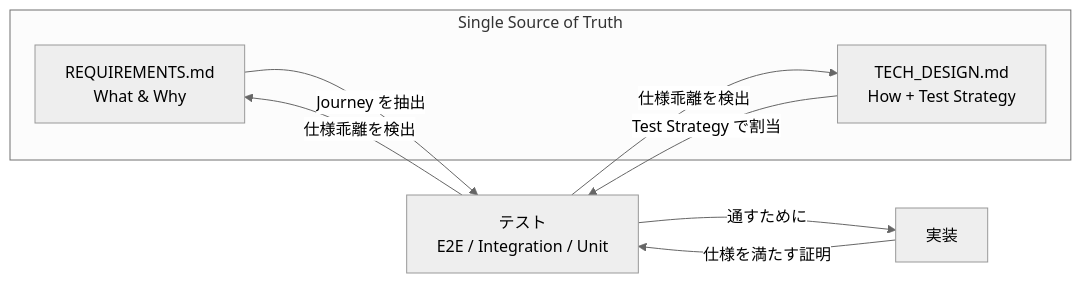
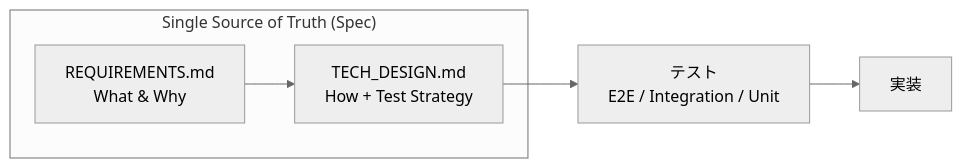
The third of 6 diagrams in packages/core/docs/workflow-diagram.md (careerchain-ys/stdd), drawn with Mermaid (neutral theme) before and after one commit. The commit also changed other lines of this file, not shown here.

First line of the commit message:
fix: workflow-diagram §3 を「Spec → Test → Impl の一方向フロー」に修正

````diff
--- a/packages/core/docs/workflow-diagram.md
+++ b/packages/core/docs/workflow-diagram.md
@@ -84,15 +87,11 @@
 ```mermaid
 flowchart LR
-    subgraph SSoT[Single Source of Truth]
+    subgraph SSoT["Single Source of Truth (Spec)"]
         Req[REQUIREMENTS.md<br/>What & Why]
         Tech[TECH_DESIGN.md<br/>How + Test Strategy]
+        Req --> Tech
     end
 
-    Req -- Journey を抽出 --> Test
-    Tech -- Test Strategy で割当 --> Test
-    Test[テスト<br/>E2E / Integration / Unit]
-    Test -- 通すために --> Impl[実装]
-    Impl -- 仕様を満たす証明 --> Test
-    Test -- 仕様乖離を検出 --> Req
-    Test -- 仕様乖離を検出 --> Tech
+    Tech --> Test[テスト<br/>E2E / Integration / Unit]
+    Test --> Impl[実装]
 ```
````
